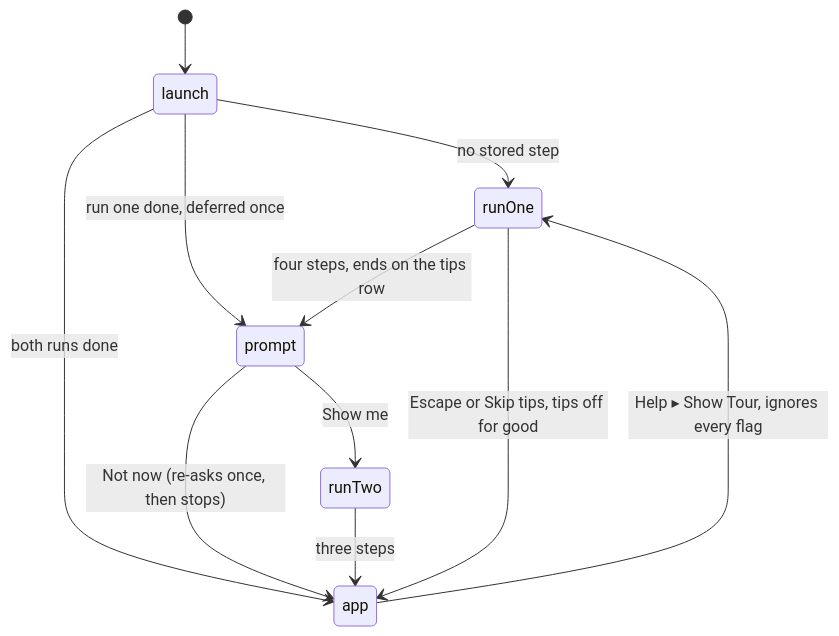
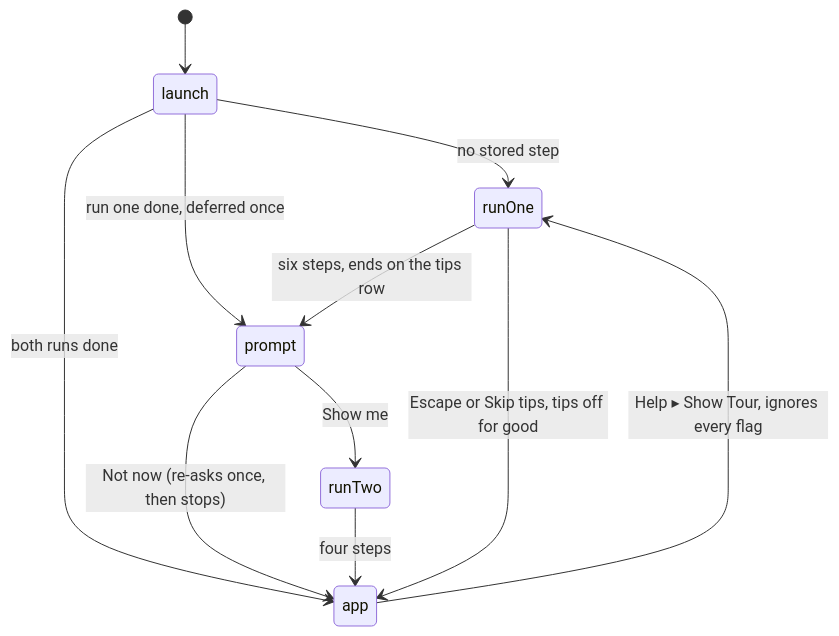
The fifth of 6 diagrams in docs/roadmap.md (mindaugaskasp/diff-bro), drawn with Mermaid before and after one commit. The commit also changed other lines of this file and 63 other files, not shown here.

````diff
--- a/docs/roadmap.md
+++ b/docs/roadmap.md
@@ -176,13 +176,13 @@
 ```mermaid
 stateDiagram-v2
   [*] --> launch
   launch --> runOne: no stored step
   launch --> app: both runs done
   launch --> prompt: run one done, deferred once
-  runOne --> prompt: four steps, ends on the tips row
+  runOne --> prompt: six steps, ends on the tips row
   prompt --> runTwo: Show me
   prompt --> app: Not now (re-asks once, then stops)
-  runTwo --> app: three steps
+  runTwo --> app: four steps
   runOne --> app: Escape or Skip tips, tips off for good
   app --> runOne: Help ▸ Show Tour, ignores every flag
 ```
````
